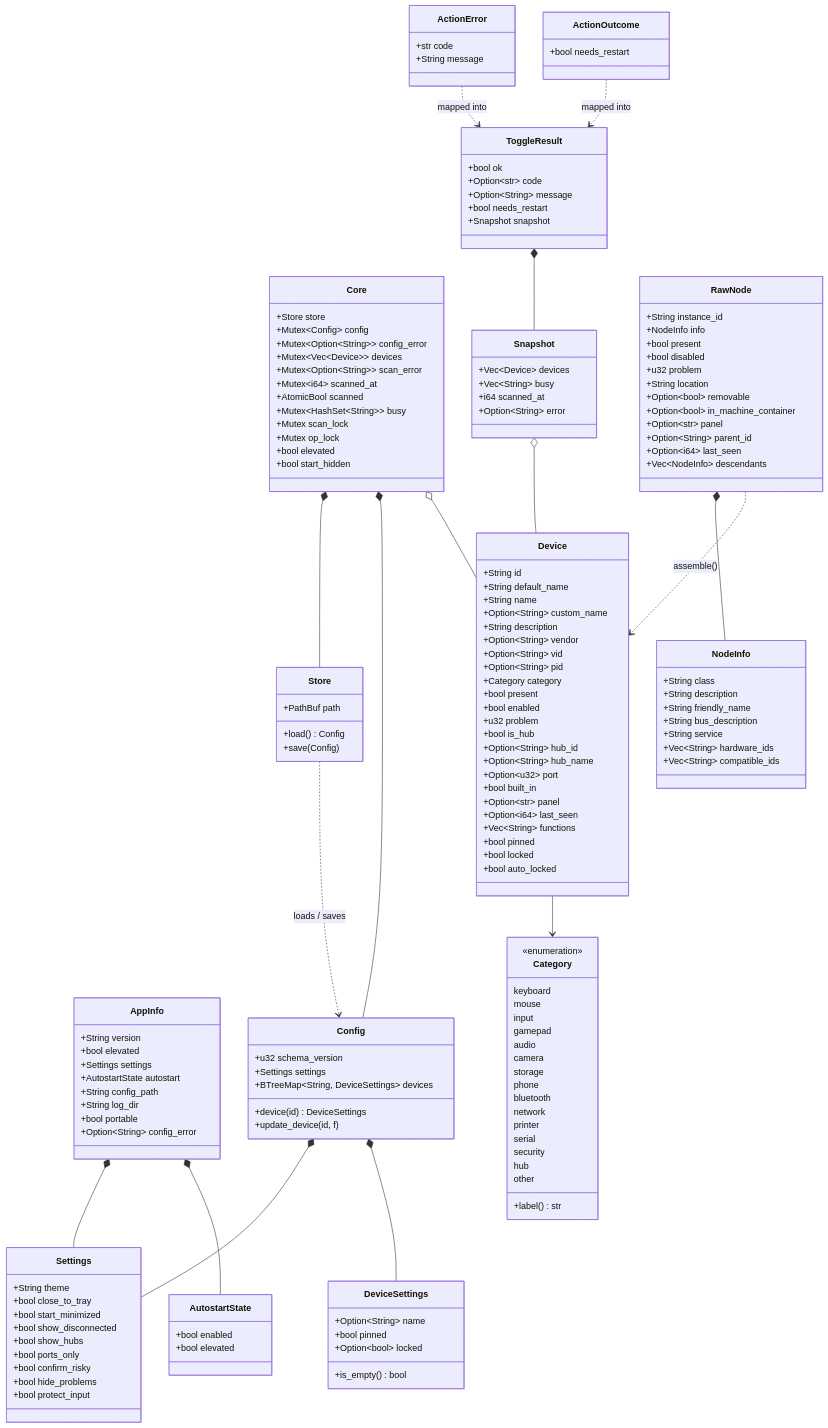
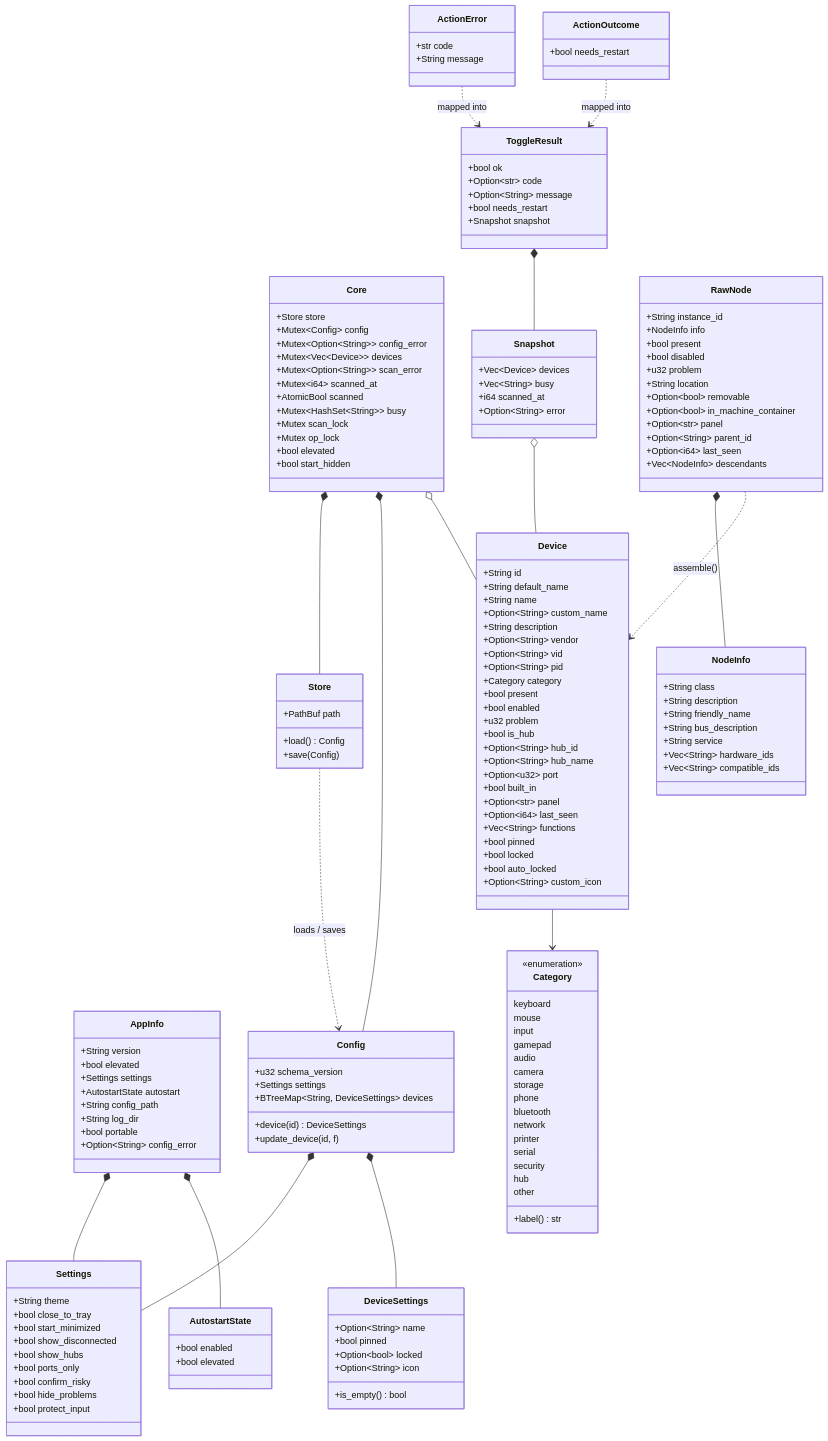
The diagram in usbToggle/specs/diagrams/classes.mmd (kz370/win-utils), drawn with Mermaid before and after one commit. The commit also changed 8 other files, not shown here.

```diff
--- a/usbToggle/specs/diagrams/classes.mmd
+++ b/usbToggle/specs/diagrams/classes.mmd
@@ -1,162 +1,164 @@
 %% usbToggle - data structures
 classDiagram
     class Core {
         +Store store
         +Mutex~Config~ config
         +Mutex~Option~String~~ config_error
         +Mutex~Vec~Device~~ devices
         +Mutex~Option~String~~ scan_error
         +Mutex~i64~ scanned_at
         +AtomicBool scanned
         +Mutex~HashSet~String~~ busy
         +Mutex scan_lock
         +Mutex op_lock
         +bool elevated
         +bool start_hidden
     }
     class Snapshot {
         +Vec~Device~ devices
         +Vec~String~ busy
         +i64 scanned_at
         +Option~String~ error
     }
     class AppInfo {
         +String version
         +bool elevated
         +Settings settings
         +AutostartState autostart
         +String config_path
         +String log_dir
         +bool portable
         +Option~String~ config_error
     }
     class ToggleResult {
         +bool ok
         +Option~str~ code
         +Option~String~ message
         +bool needs_restart
         +Snapshot snapshot
     }
     class Device {
         +String id
         +String default_name
         +String name
         +Option~String~ custom_name
         +String description
         +Option~String~ vendor
         +Option~String~ vid
         +Option~String~ pid
         +Category category
         +bool present
         +bool enabled
         +u32 problem
         +bool is_hub
         +Option~String~ hub_id
         +Option~String~ hub_name
         +Option~u32~ port
         +bool built_in
         +Option~str~ panel
         +Option~i64~ last_seen
         +Vec~String~ functions
         +bool pinned
         +bool locked
         +bool auto_locked
+        +Option~String~ custom_icon
     }
     class RawNode {
         +String instance_id
         +NodeInfo info
         +bool present
         +bool disabled
         +u32 problem
         +String location
         +Option~bool~ removable
         +Option~bool~ in_machine_container
         +Option~str~ panel
         +Option~String~ parent_id
         +Option~i64~ last_seen
         +Vec~NodeInfo~ descendants
     }
     class NodeInfo {
         +String class
         +String description
         +String friendly_name
         +String bus_description
         +String service
         +Vec~String~ hardware_ids
         +Vec~String~ compatible_ids
     }
     class Category {
         <<enumeration>>
         keyboard
         mouse
         input
         gamepad
         audio
         camera
         storage
         phone
         bluetooth
         network
         printer
         serial
         security
         hub
         other
         +label() str
     }
     class Config {
         +u32 schema_version
         +Settings settings
         +BTreeMap~String, DeviceSettings~ devices
         +device(id) DeviceSettings
         +update_device(id, f)
     }
     class Settings {
         +String theme
         +bool close_to_tray
         +bool start_minimized
         +bool show_disconnected
         +bool show_hubs
         +bool ports_only
         +bool confirm_risky
         +bool hide_problems
         +bool protect_input
     }
     class DeviceSettings {
         +Option~String~ name
         +bool pinned
         +Option~bool~ locked
+        +Option~String~ icon
         +is_empty() bool
     }
     class Store {
         +PathBuf path
         +load() Config
         +save(Config)
     }
     class ActionError {
         +str code
         +String message
     }
     class ActionOutcome {
         +bool needs_restart
     }
     class AutostartState {
         +bool enabled
         +bool elevated
     }
 
     Core *-- Store
     Core *-- Config
     Core o-- Device
     Config *-- Settings
     Config *-- DeviceSettings
     Snapshot o-- Device
     ToggleResult *-- Snapshot
     AppInfo *-- Settings
     AppInfo *-- AutostartState
     Device --> Category
     RawNode *-- NodeInfo
     RawNode ..> Device : assemble()
     ActionError ..> ToggleResult : mapped into
     ActionOutcome ..> ToggleResult : mapped into
     Store ..> Config : loads / saves
```
